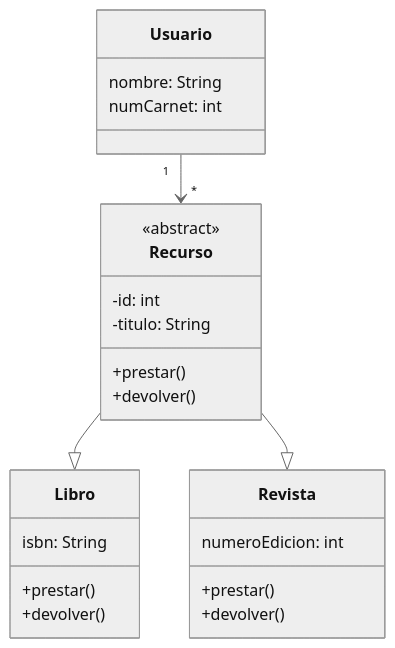
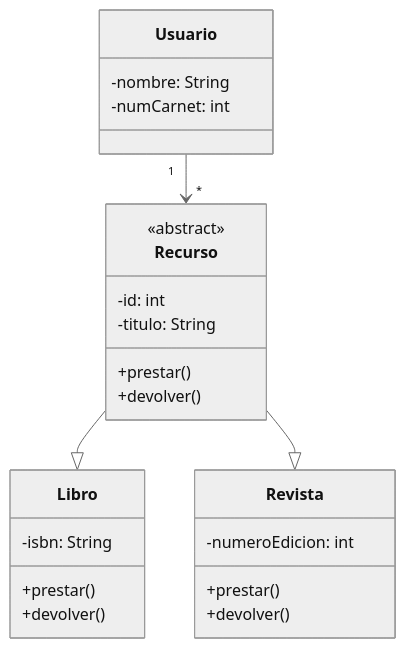
One commit to antondm11/6.2.BateriaDeEjercicios changed the sixth of 6 diagrams in README.md. Above: the diagram before and after it, drawn with Mermaid (neutral theme).

Commit message:
Actualizar UML

````diff
--- a/README.md
+++ b/README.md
@@ -99,34 +99,34 @@
 ```mermaid
 classDiagram
 direction TB
     class Libro {
-	    isbn: String
+	    -isbn: String
 	    +prestar()
 	    +devolver()
     }
 
     class Revista {
-	    numeroEdicion: int
+	    -numeroEdicion: int
 	    +prestar()
 	    +devolver()
     }
 
     class Usuario {
-	    nombre: String
-	    numCarnet: int
+	    -nombre: String
+	    -numCarnet: int
     }
 
     class Recurso {
 	    -id: int
 	    -titulo: String
 	    +prestar()
 	    +devolver()
     }
 
 	<<abstract>> Recurso
 
     Recurso --|> Libro
     Recurso --|> Revista
     Usuario "1" --> "*" Recurso
 
 ```
````
